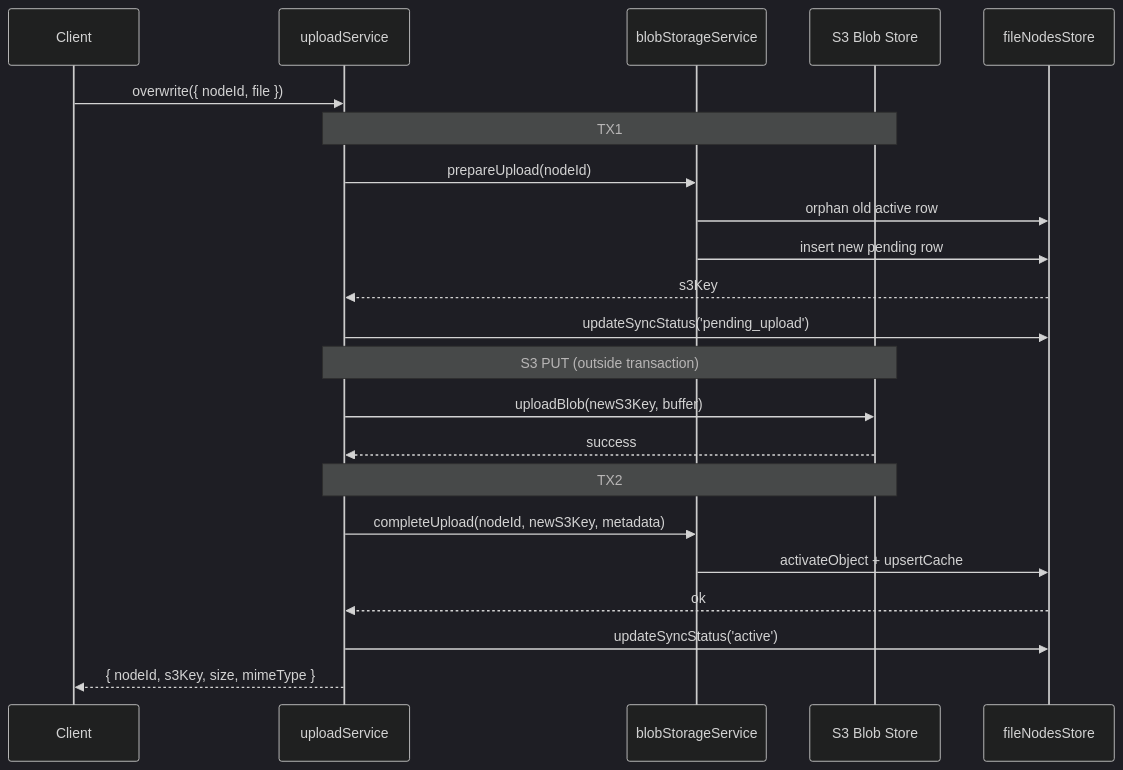
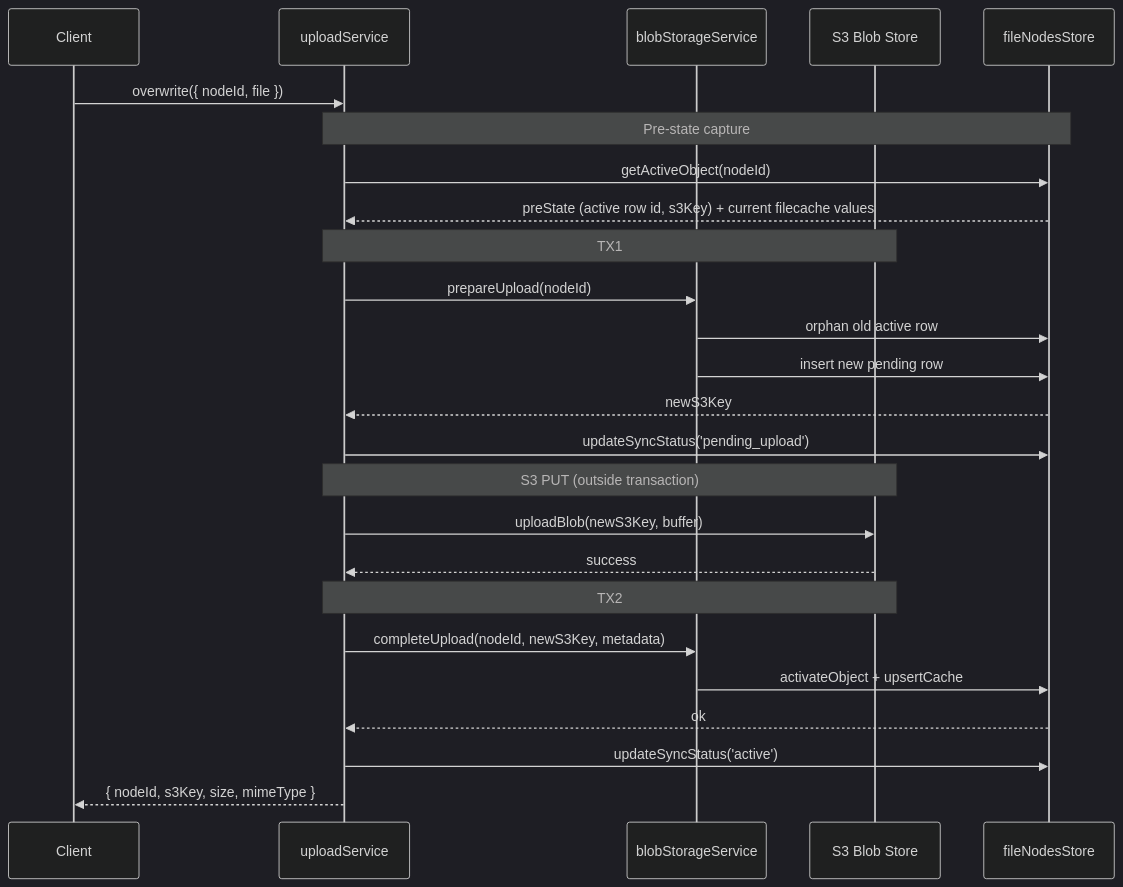
Before and after one commit to rct3232/webdav-easyaccess: the second of 4 diagrams in docs/features/core-service-layer.md, drawn with Mermaid (dark theme). The commit also changed other lines of this file and 15 other files, not shown here.

````diff
--- a/docs/features/core-service-layer.md
+++ b/docs/features/core-service-layer.md
@@ -78,29 +78,33 @@
 ```mermaid
 sequenceDiagram
     participant C as Client
     participant US as uploadService
     participant BS as blobStorageService
     participant S3 as S3 Blob Store
     participant FStore as fileNodesStore
 
     C->>US: overwrite({ nodeId, file })
 
+    Note over US,FStore: Pre-state capture
+    US->>FStore: getActiveObject(nodeId)
+    FStore-->>US: preState (active row id, s3Key) + current filecache values
+
     Note over US,S3: TX1
     US->>BS: prepareUpload(nodeId)
     BS->>FStore: orphan old active row
     BS->>FStore: insert new pending row
-    FStore-->>US: s3Key
+    FStore-->>US: newS3Key
     US->>FStore: updateSyncStatus('pending_upload')
 
     Note over US,S3: S3 PUT (outside transaction)
     US->>S3: uploadBlob(newS3Key, buffer)
     S3-->>US: success
 
     Note over US,S3: TX2
     US->>BS: completeUpload(nodeId, newS3Key, metadata)
     BS->>FStore: activateObject + upsertCache
     FStore-->>US: ok
     US->>FStore: updateSyncStatus('active')
 
     US-->>C: { nodeId, s3Key, size, mimeType }
 ```
````
